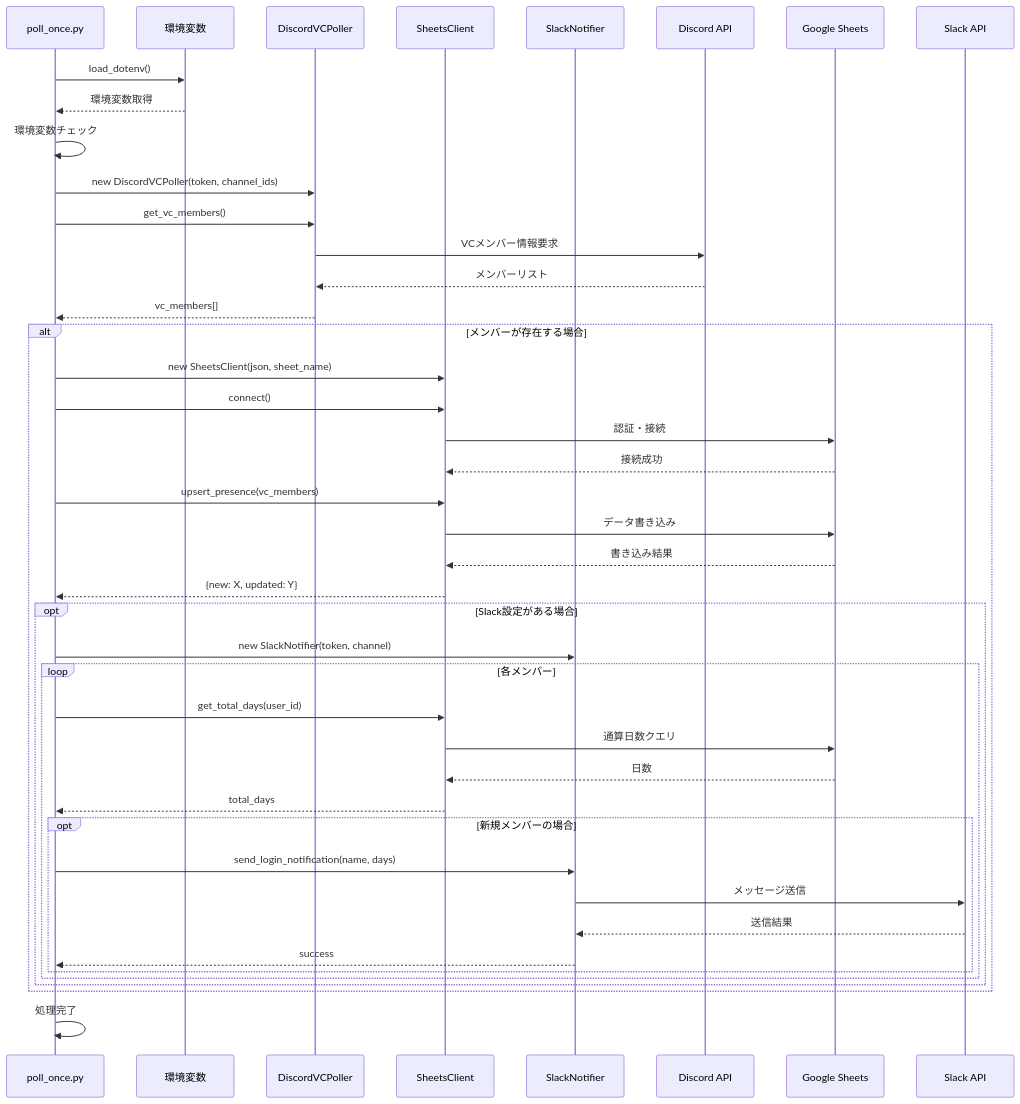
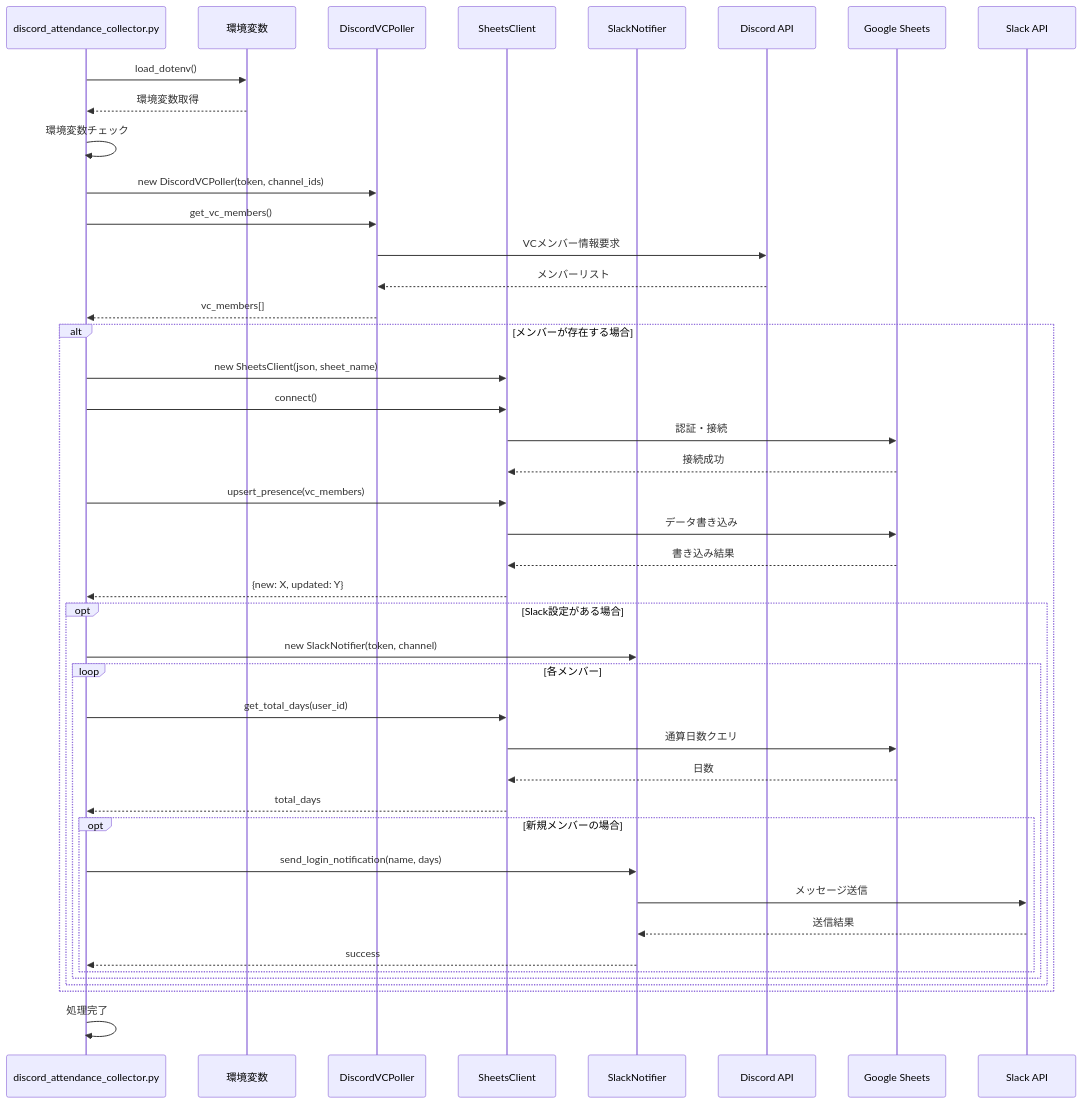
Before and after one commit to seiya-kawashima/nonproken-discord-mkmk-vc-tracker: the third of 4 diagrams in docs/ARCHITECTURE.md, drawn with Mermaid. The commit also changed other lines of this file, not shown here.

````diff
--- a/docs/ARCHITECTURE.md
+++ b/docs/ARCHITECTURE.md
@@ -69,54 +69,54 @@
 ```mermaid
 sequenceDiagram
-    participant Main as poll_once.py
+    participant Main as discord_attendance_collector.py
     participant Env as 環境変数
     participant Discord as DiscordVCPoller
     participant Sheets as SheetsClient
     participant Slack as SlackNotifier
     participant DiscordAPI as Discord API
     participant SheetsAPI as Google Sheets
     participant SlackAPI as Slack API
     
     Main->>Env: load_dotenv()
     Env-->>Main: 環境変数取得
     
     Main->>Main: 環境変数チェック
     
     Main->>Discord: new DiscordVCPoller(token, channel_ids)
     Main->>Discord: get_vc_members()
     Discord->>DiscordAPI: VCメンバー情報要求
     DiscordAPI-->>Discord: メンバーリスト
     Discord-->>Main: vc_members[]
     
     alt メンバーが存在する場合
         Main->>Sheets: new SheetsClient(json, sheet_name)
         Main->>Sheets: connect()
         Sheets->>SheetsAPI: 認証・接続
         SheetsAPI-->>Sheets: 接続成功
         
         Main->>Sheets: upsert_presence(vc_members)
         Sheets->>SheetsAPI: データ書き込み
         SheetsAPI-->>Sheets: 書き込み結果
         Sheets-->>Main: {new: X, updated: Y}
         
         opt Slack設定がある場合
             Main->>Slack: new SlackNotifier(token, channel)
             
             loop 各メンバー
                 Main->>Sheets: get_total_days(user_id)
                 Sheets->>SheetsAPI: 通算日数クエリ
                 SheetsAPI-->>Sheets: 日数
                 Sheets-->>Main: total_days
                 
                 opt 新規メンバーの場合
                     Main->>Slack: send_login_notification(name, days)
                     Slack->>SlackAPI: メッセージ送信
                     SlackAPI-->>Slack: 送信結果
                     Slack-->>Main: success
                 end
             end
         end
     end
     
     Main->>Main: 処理完了
 ```
````
